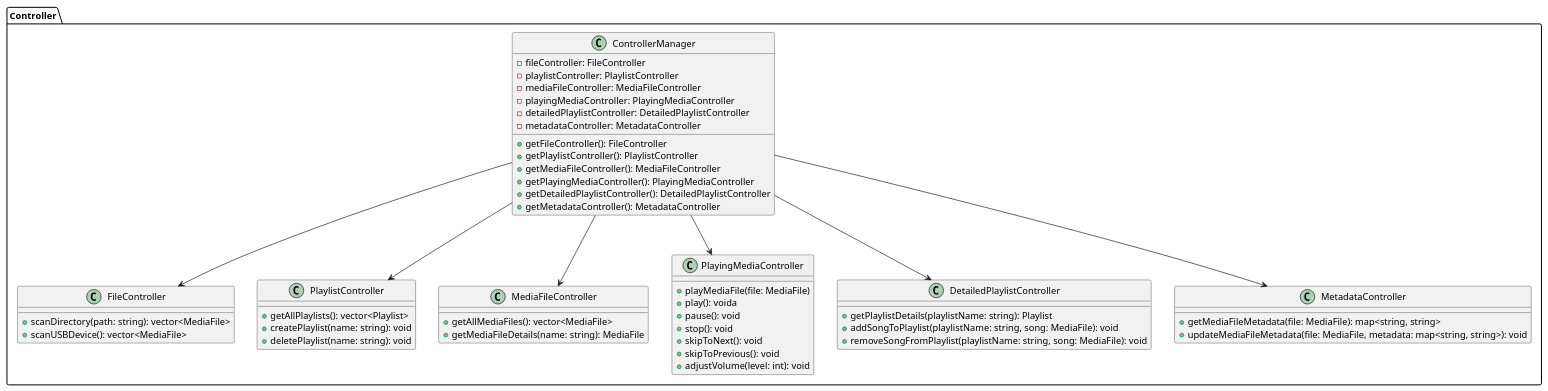
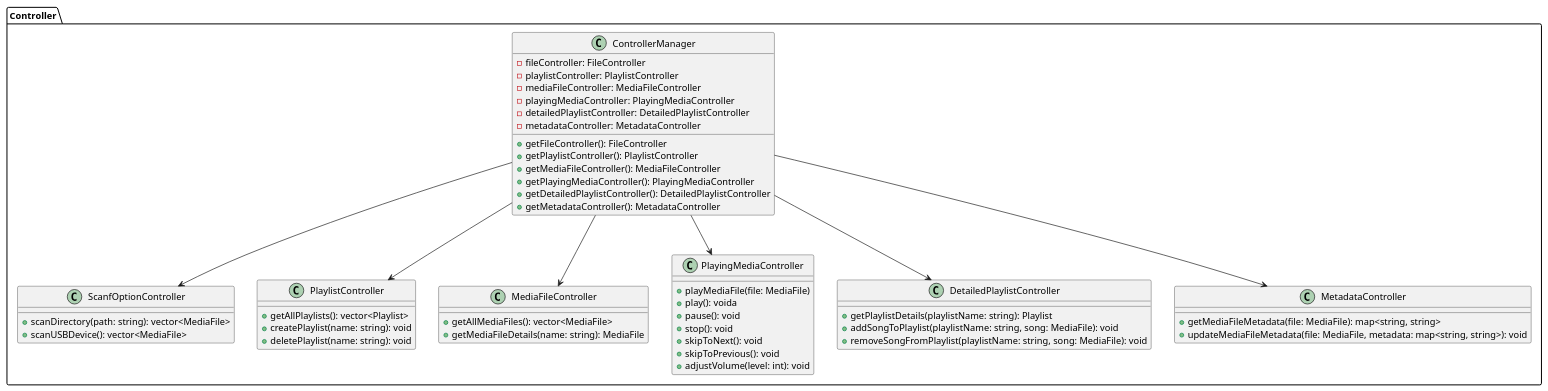
Before and after one commit to Weizy-NTT/Spotify-rep-1-1: the diagram in project/Docs/controller/controller.plantuml, drawn with PlantUML. The commit also changed 5 other files, not shown here.

```diff
--- a/project/Docs/controller/controller.plantuml
+++ b/project/Docs/controller/controller.plantuml
@@ -1,65 +1,65 @@
 @startuml Controller
 package Controller {
-    class FileController {
+    class ScanfOptionController {
         + scanDirectory(path: string): vector<MediaFile>
         + scanUSBDevice(): vector<MediaFile>
         
     }
 
     class PlaylistController {
         + getAllPlaylists(): vector<Playlist>
         + createPlaylist(name: string): void
         + deletePlaylist(name: string): void
     }
 
     class MediaFileController {
         + getAllMediaFiles(): vector<MediaFile>
         + getMediaFileDetails(name: string): MediaFile
     }
 
     class PlayingMediaController {
         + playMediaFile(file: MediaFile)
         + play(): voida
         + pause(): void
         + stop(): void
         + skipToNext(): void
         + skipToPrevious(): void
         + adjustVolume(level: int): void
     }
 
     class DetailedPlaylistController {
         + getPlaylistDetails(playlistName: string): Playlist
         + addSongToPlaylist(playlistName: string, song: MediaFile): void
         + removeSongFromPlaylist(playlistName: string, song: MediaFile): void
     }
 
     class MetadataController {
         + getMediaFileMetadata(file: MediaFile): map<string, string>
         + updateMediaFileMetadata(file: MediaFile, metadata: map<string, string>): void
     }
 
     class ControllerManager {
         - fileController: FileController
         - playlistController: PlaylistController
         - mediaFileController: MediaFileController
         - playingMediaController: PlayingMediaController
         - detailedPlaylistController: DetailedPlaylistController
         - metadataController: MetadataController
 
         + getFileController(): FileController
         + getPlaylistController(): PlaylistController
         + getMediaFileController(): MediaFileController
         + getPlayingMediaController(): PlayingMediaController
         + getDetailedPlaylistController(): DetailedPlaylistController
         + getMetadataController(): MetadataController
     }
 
     ' Liên kết giữa các Controller
-    ControllerManager --> FileController
+    ControllerManager --> ScanfOptionController
     ControllerManager --> PlaylistController
     ControllerManager --> MediaFileController
     ControllerManager --> PlayingMediaController
     ControllerManager --> DetailedPlaylistController
     ControllerManager --> MetadataController
 }
 @enduml
```
